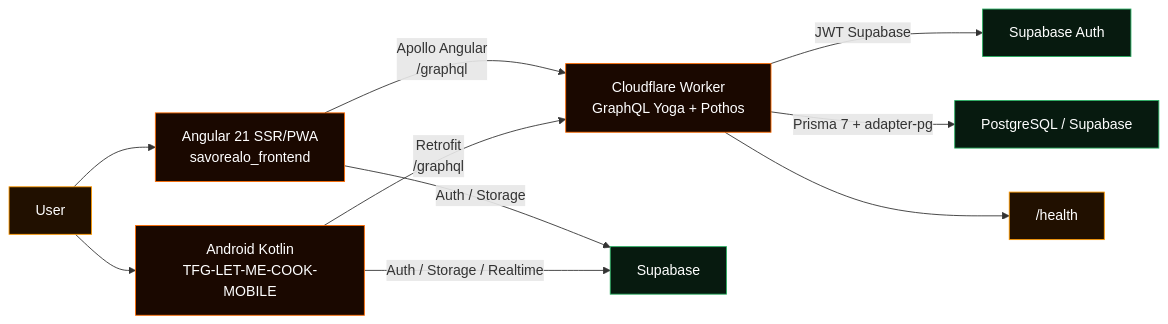
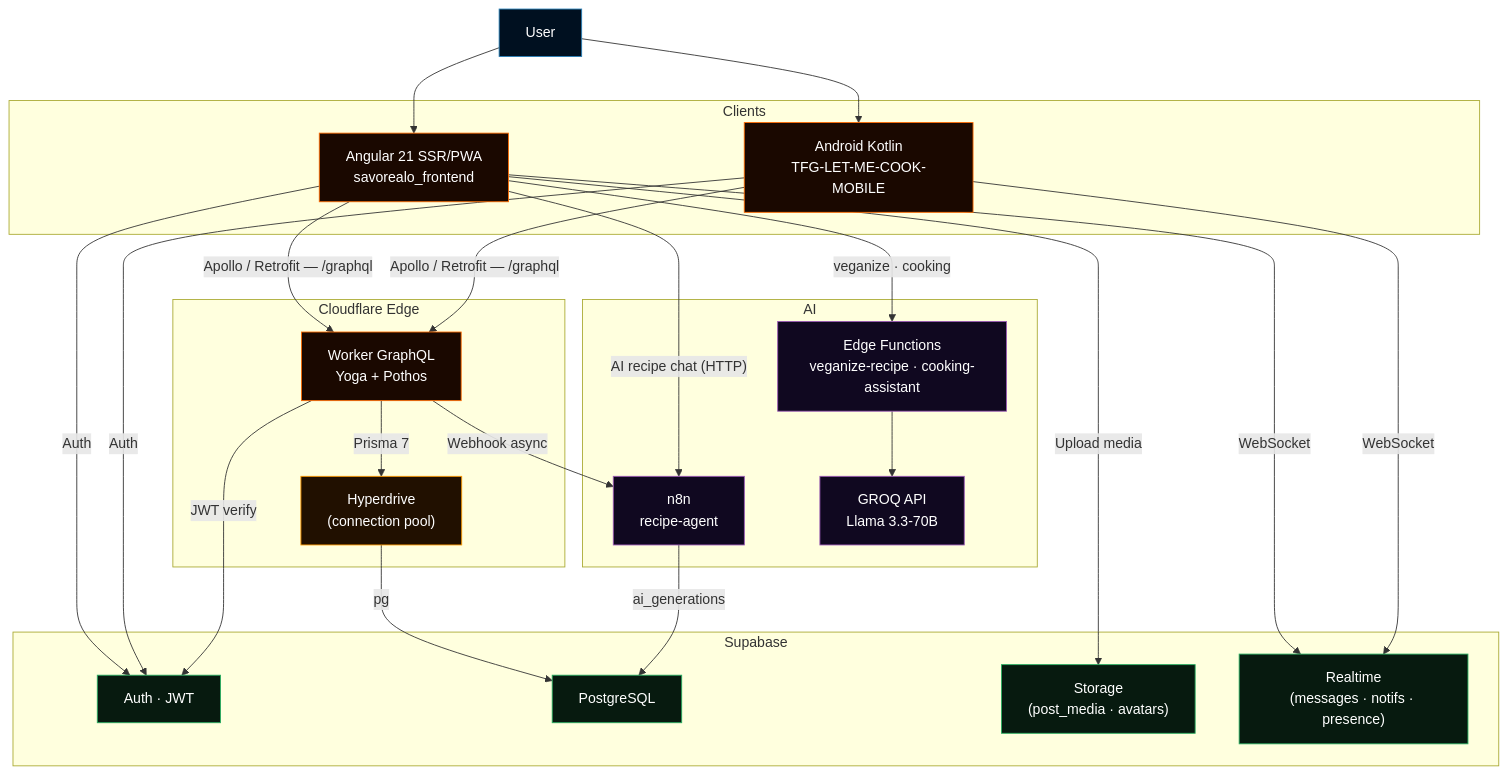
The first of 2 diagrams in README.en.md (savorealo/savorealo), drawn with Mermaid before and after one commit. The commit also changed other lines of this file and 1 other file, not shown here.

Commit message:
cambios en el readme

````diff
--- a/README.en.md
+++ b/README.en.md
@@ -214,19 +214,52 @@
 ```mermaid
-flowchart LR
-  U["User"] --> A["Angular 21 SSR/PWA<br/>savorealo_frontend"]
-  U --> M["Android Kotlin<br/>TFG-LET-ME-COOK-MOBILE"]
-  A -->|Apollo Angular<br/>/graphql| W["Cloudflare Worker<br/>GraphQL Yoga + Pothos"]
-  M -->|Retrofit<br/>/graphql| W
-  A -->|Auth / Storage| S["Supabase"]
-  M -->|Auth / Storage / Realtime| S
-  W -->|JWT Supabase| AUTH["Supabase Auth"]
-  W -->|Prisma 7 + adapter-pg| DB["PostgreSQL / Supabase"]
-  W --> H["/health"]
+flowchart TB
+  U["User"]
+
+  subgraph CLIENTS["Clients"]
+    A["Angular 21 SSR/PWA<br/>savorealo_frontend"]
+    M["Android Kotlin<br/>TFG-LET-ME-COOK-MOBILE"]
+  end
+
+  subgraph CF["Cloudflare Edge"]
+    W["Worker GraphQL<br/>Yoga + Pothos"]
+    HYP["Hyperdrive<br/>(connection pool)"]
+  end
+
+  subgraph SB["Supabase"]
+    AUTH["Auth · JWT"]
+    DB["PostgreSQL"]
+    STORE["Storage<br/>(post_media · avatars)"]
+    RT["Realtime<br/>(messages · notifs · presence)"]
+  end
+
+  subgraph AI["AI"]
+    N8N["n8n<br/>recipe-agent"]
+    EF["Edge Functions<br/>veganize-recipe · cooking-assistant"]
+    GROQ["GROQ API<br/>Llama 3.3-70B"]
+  end
+
+  U --> A & M
+  A & M -->|"Apollo / Retrofit — /graphql"| W
+  A & M -->|"Auth"| AUTH
+  A & M -->|"WebSocket"| RT
+  A -->|"Upload media"| STORE
+  A -->|"AI recipe chat (HTTP)"| N8N
+  A -->|"veganize · cooking"| EF
+  W -->|"JWT verify"| AUTH
+  W -->|"Prisma 7"| HYP
+  HYP -->|"pg"| DB
+  W -->|"Webhook async"| N8N
+  N8N -->|"ai_generations"| DB
+  EF --> GROQ
 
   classDef orange fill:#1a0800,stroke:#ff6b00,color:#fff;
   classDef amber fill:#211000,stroke:#ff9a00,color:#fff;
   classDef green fill:#071a0f,stroke:#27ae60,color:#fff;
+  classDef purple fill:#100820,stroke:#9b59b6,color:#fff;
+  classDef blue fill:#001020,stroke:#2980b9,color:#fff;
   class A,M,W orange;
-  class DB,S,AUTH green;
-  class U,H amber;
+  class DB,AUTH,STORE,RT green;
+  class HYP amber;
+  class N8N,EF,GROQ purple;
+  class U blue;
 ```
````
